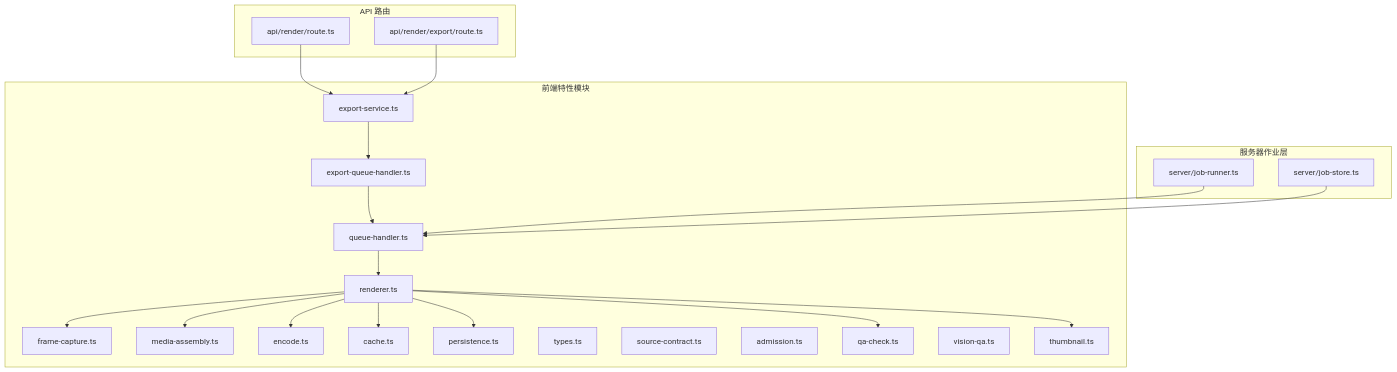
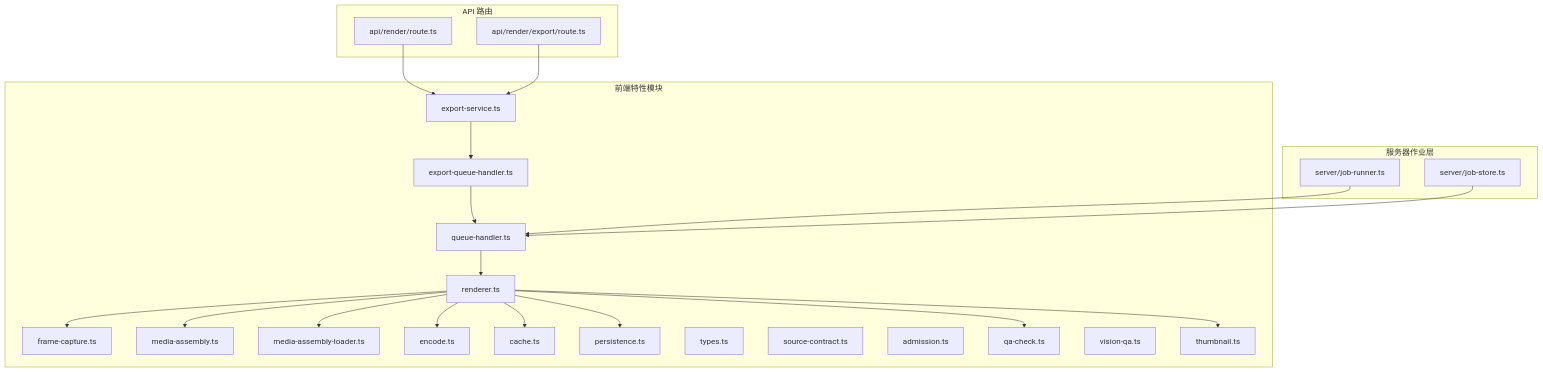
The first of 4 diagrams in .qoder/repowiki/zh/content/渲染引擎/渲染流水线/渲染流水线.md (scottcwy/PurpleInk), drawn with Mermaid before and after one commit. The commit also changed other lines of this file and 29 other files, not shown here.

````diff
--- a/.qoder/repowiki/zh/content/渲染引擎/渲染流水线/渲染流水线.md
+++ b/.qoder/repowiki/zh/content/渲染引擎/渲染流水线/渲染流水线.md
@@ -56,42 +56,44 @@
 ```mermaid
 graph TB
 subgraph "前端特性模块"
 R["renderer.ts"]
 FC["frame-capture.ts"]
 MA["media-assembly.ts"]
+MAL["media-assembly-loader.ts"]
 ENC["encode.ts"]
 ES["export-service.ts"]
 EQH["export-queue-handler.ts"]
 QH["queue-handler.ts"]
 C["cache.ts"]
 P["persistence.ts"]
 T["types.ts"]
 SC["source-contract.ts"]
 A["admission.ts"]
 QA["qa-check.ts"]
 VQA["vision-qa.ts"]
 TH["thumbnail.ts"]
 end
 subgraph "API 路由"
 AR["api/render/route.ts"]
 ER["api/render/export/route.ts"]
 end
 subgraph "服务器作业层"
 JR["server/job-runner.ts"]
 JS["server/job-store.ts"]
 end
 AR --> ES
 ER --> ES
 ES --> EQH
 EQH --> QH
 QH --> R
 R --> FC
 R --> MA
+R --> MAL
 R --> ENC
 R --> C
 R --> P
 R --> QA
 R --> TH
 JR --> QH
 JS --> QH
 ```
````
